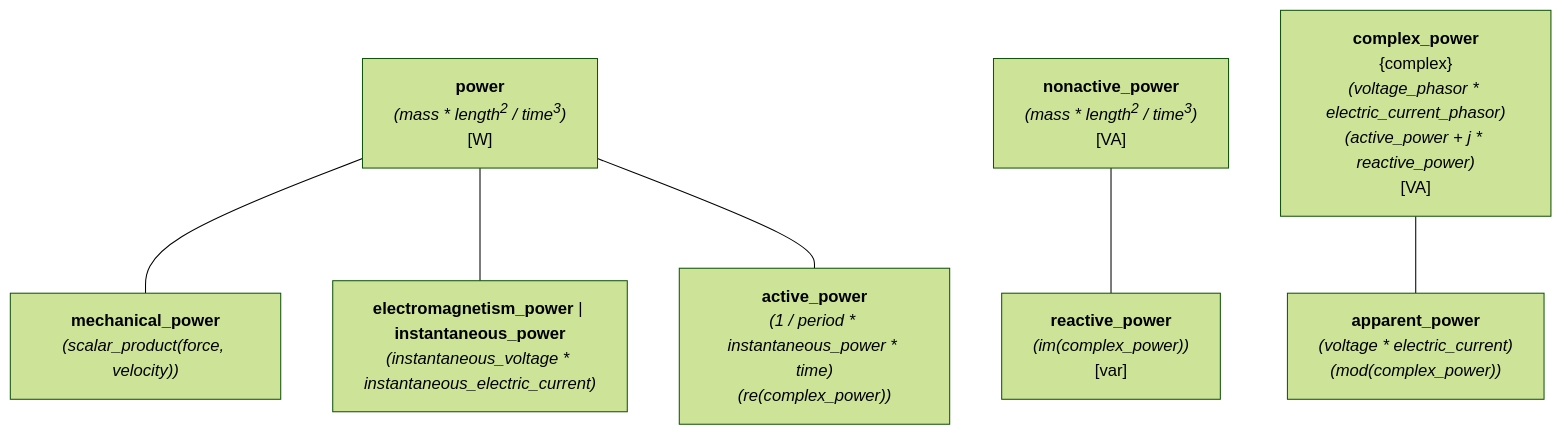
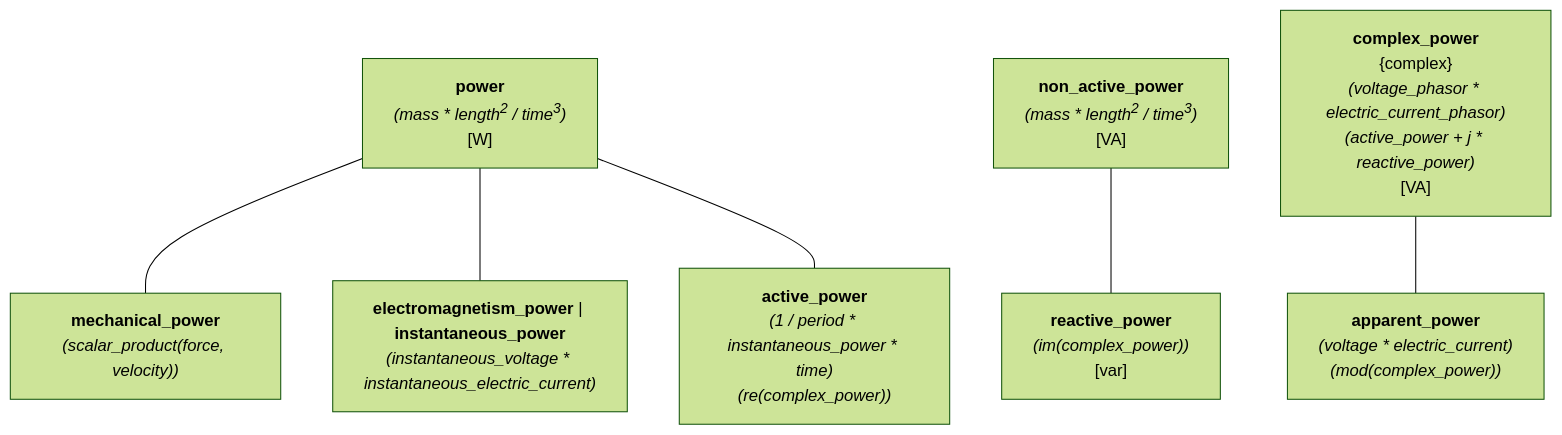
Before and after one commit to mpusz/mp-units: the second of 3 diagrams in docs/blog/posts/isq-part-6-challenges.md, drawn with Mermaid (forest theme). The commit also changed other lines of this file and 154 other files, not shown here.

````diff
--- a/docs/blog/posts/isq-part-6-challenges.md
+++ b/docs/blog/posts/isq-part-6-challenges.md
@@ -417,13 +420,13 @@
 ```mermaid
 flowchart TD
     power["<b>power</b><br><i>(mass * length<sup>2</sup> / time<sup>3</sup>)</i><br>[W]"]
     power --- mechanical_power["<b>mechanical_power</b><br><i>(scalar_product(force, velocity))</i>"]
     power --- electromagnetism_power["<b>electromagnetism_power</b> | <b>instantaneous_power</b><br><i>(instantaneous_voltage * instantaneous_electric_current)</i>"]
     power --- active_power["<b>active_power</b><br><i>(1 / period * instantaneous_power * time)<br>(re(complex_power))</i>"]
 
-    nonactive_power["<b>nonactive_power</b><br><i>(mass * length<sup>2</sup> / time<sup>3</sup>)</i><br>[VA]"]
+    nonactive_power["<b>non_active_power</b><br><i>(mass * length<sup>2</sup> / time<sup>3</sup>)</i><br>[VA]"]
     nonactive_power --- reactive_power["<b>reactive_power</b><br><i>(im(complex_power))</i><br>[var]"]
 
     complex_power["<b>complex_power</b><br>{complex}<br><i>(voltage_phasor * electric_current_phasor)<br>(active_power + j * reactive_power)</i><br>[VA]"]
     complex_power --- apparent_power["<b>apparent_power</b><br><i>(voltage * electric_current)<br>(mod(complex_power))</i>"]
 ```
````
